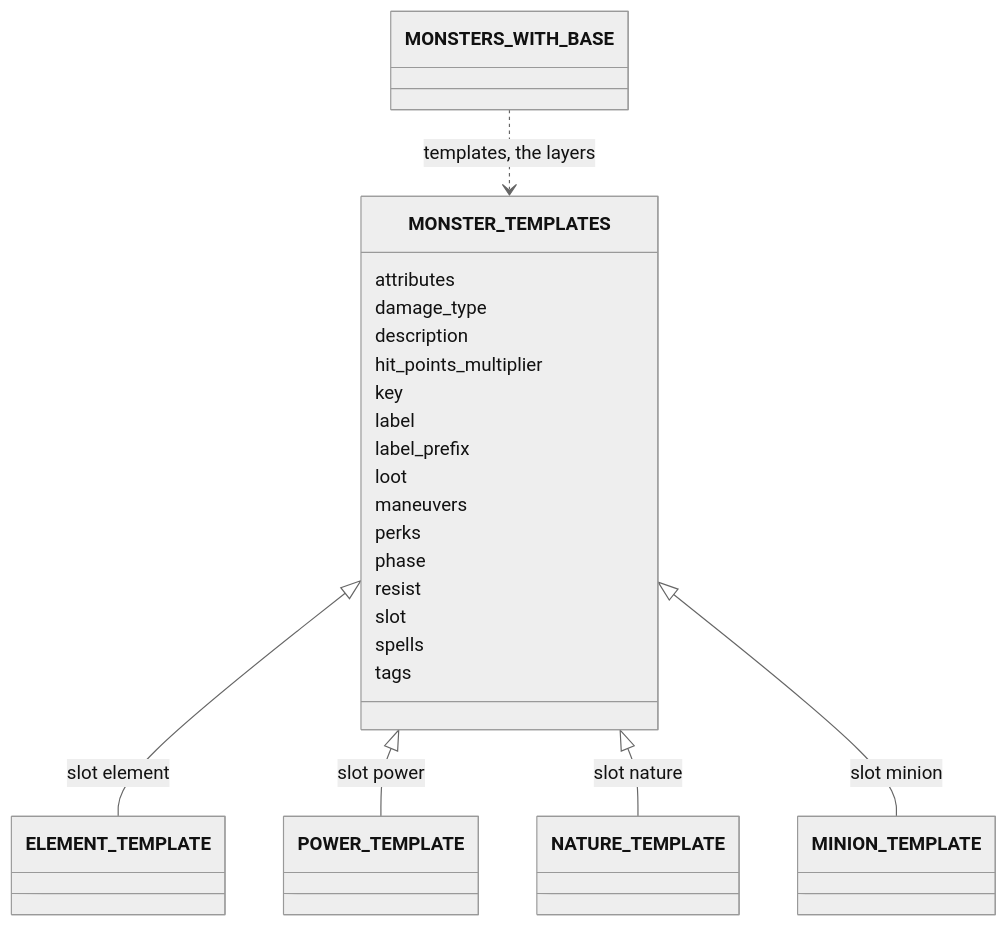
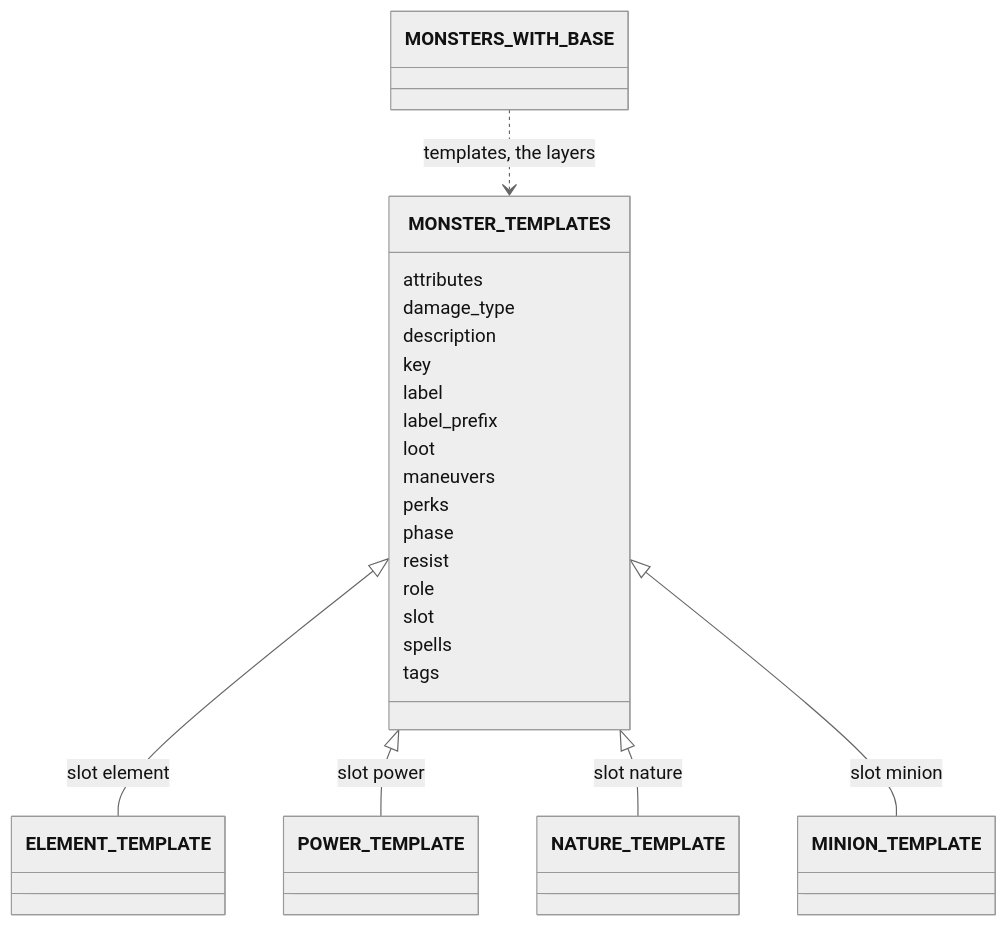
One commit to SETA1609/riftweave-core changed the seventh of 7 diagrams in docs/core/composition-diagram.md. Above: the diagram before and after it, drawn with Mermaid (neutral theme). The commit also changed other lines of this file and 297 other files, not shown here.

````diff
--- a/docs/core/composition-diagram.md
+++ b/docs/core/composition-diagram.md
@@ -231,25 +230,25 @@
 ```mermaid
 classDiagram
     class MONSTER_TEMPLATES {
         attributes
         damage_type
         description
-        hit_points_multiplier
         key
         label
         label_prefix
         loot
         maneuvers
         perks
         phase
         resist
+        role
         slot
         spells
         tags
     }
     MONSTER_TEMPLATES <|-- ELEMENT_TEMPLATE : slot element
     MONSTER_TEMPLATES <|-- POWER_TEMPLATE : slot power
     MONSTER_TEMPLATES <|-- NATURE_TEMPLATE : slot nature
     MONSTER_TEMPLATES <|-- MINION_TEMPLATE : slot minion
     MONSTERS_WITH_BASE ..> MONSTER_TEMPLATES : templates, the layers
 ```
````
